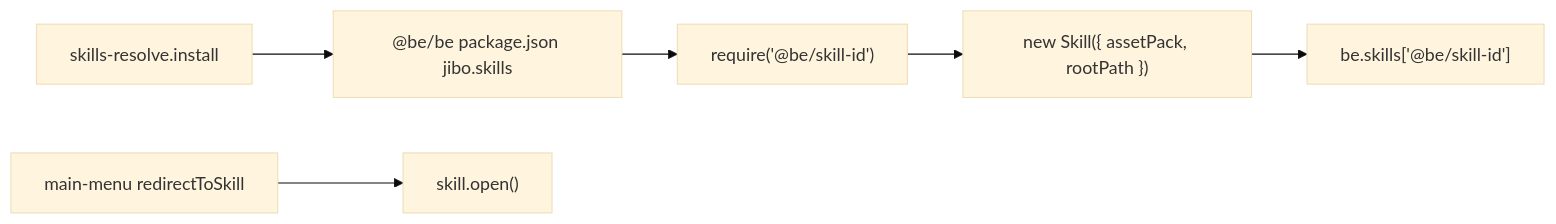
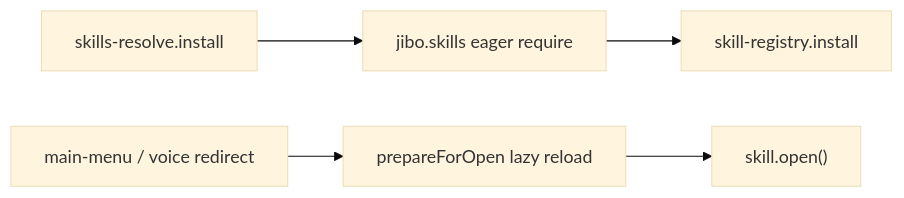
The diagram in docs/architecture.md (Jibo-Revival-Group/BEam), drawn with Mermaid (base theme) before and after one commit. The commit also changed other lines of this file and 8 other files, not shown here.

````diff
--- a/docs/architecture.md
+++ b/docs/architecture.md
@@ -9,13 +12,12 @@
 ```mermaid
 flowchart LR
   Install["skills-resolve.install"]
-  BePackage["@be/be package.json jibo.skills"]
-  Require["require('@be/skill-id')"]
-  Construct["new Skill({ assetPack, rootPath })"]
-  Registry["be.skills['@be/skill-id']"]
-  Menu["main-menu redirectToSkill"]
+  Eager["jibo.skills eager require"]
+  Registry["skill-registry.install"]
+  Menu["main-menu / voice redirect"]
+  Prep["prepareForOpen lazy reload"]
   Open["skill.open()"]
 
-  Install --> BePackage --> Require --> Construct --> Registry
-  Menu --> Open
+  Install --> Eager --> Registry
+  Menu --> Prep --> Open
 ```
````
